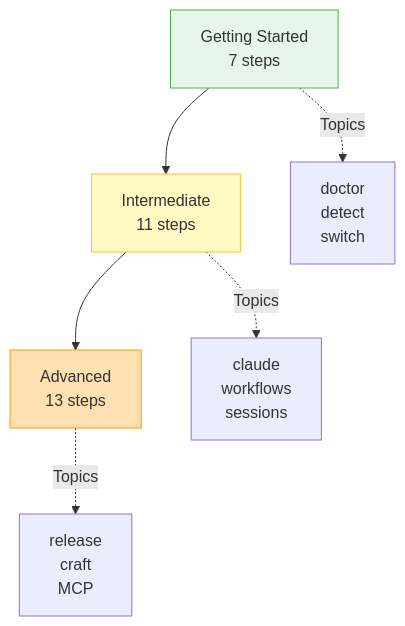
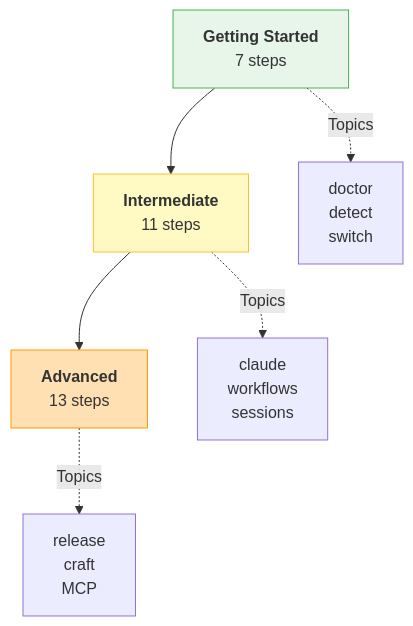
One commit to Data-Wise/aiterm changed the diagram in docs/tutorials/index.md. Above: the diagram before and after it, drawn with Mermaid. The commit also changed 13 other files, not shown here.

First line of the commit message:
fix(docs): modernize Mermaid integration per official docs

````diff
--- a/docs/tutorials/index.md
+++ b/docs/tutorials/index.md
@@ -59,13 +59,22 @@
 ```mermaid
 flowchart TD
-    A[Getting Started<br/>7 steps] --> B[Intermediate<br/>11 steps]
-    B --> C[Advanced<br/>13 steps]
+    A["`**Getting Started**
+    7 steps`"] --> B["`**Intermediate**
+    11 steps`"]
+    B --> C["`**Advanced**
+    13 steps`"]
 
-    A -.->|Topics| A1[doctor<br/>detect<br/>switch]
-    B -.->|Topics| B1[claude<br/>workflows<br/>sessions]
-    C -.->|Topics| C1[release<br/>craft<br/>MCP]
+    A -.->|Topics| A1["`doctor
+    detect
+    switch`"]
+    B -.->|Topics| B1["`claude
+    workflows
+    sessions`"]
+    C -.->|Topics| C1["`release
+    craft
+    MCP`"]
 
     style A fill:#e8f5e9,stroke:#4caf50
     style B fill:#fff9c4,stroke:#fbc02d
     style C fill:#ffe0b2,stroke:#ff9800
 ```
````
